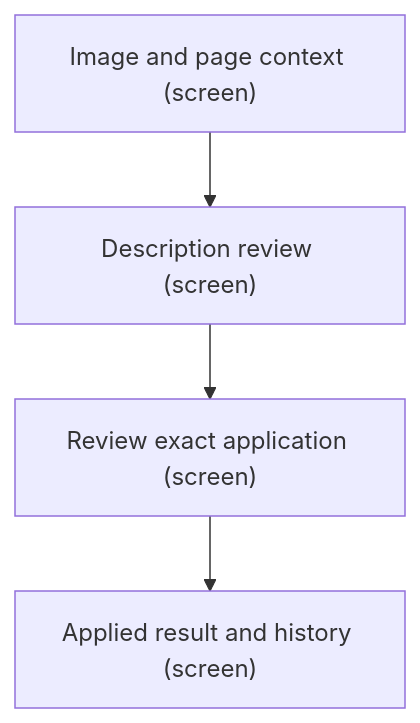
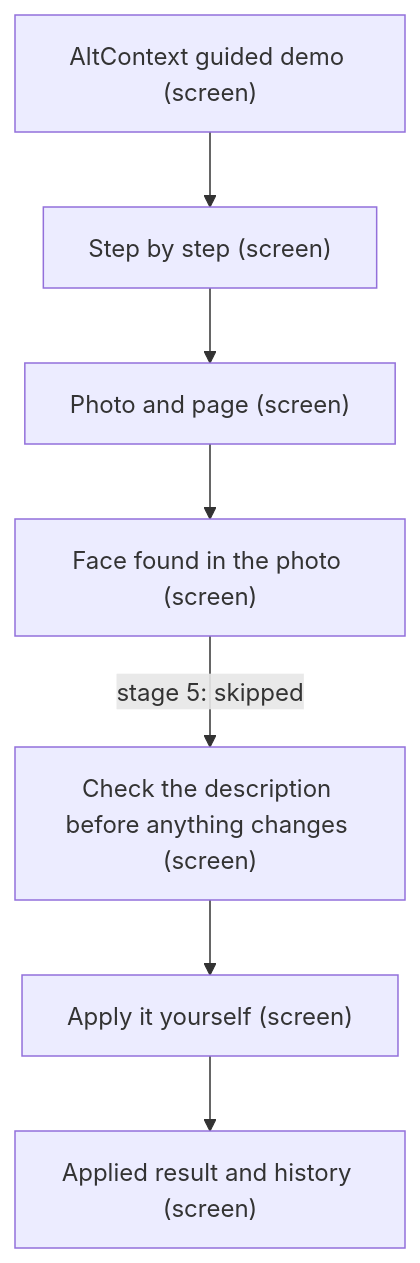
One commit to darce/context-alt-text-monorepo changed the second of 6 diagrams in apps/prototype-wp-alt-context/docs/ux-maps/guided-prototype.md. Above: the diagram before and after it, drawn with Mermaid. The commit also changed other lines of this file and 1 other file, not shown here.

First line of the commit message:
offload: UX map updated and committed with the face-match stage and

````diff
--- a/apps/prototype-wp-alt-context/docs/ux-maps/guided-prototype.md
+++ b/apps/prototype-wp-alt-context/docs/ux-maps/guided-prototype.md
@@ -226,11 +268,17 @@
 ```mermaid
 flowchart TD
-  %% flow: Unresolved identity keeps description generic job=review
-  n_evidence["Image and page context (screen)"]
-  n_draft["Description review (screen)"]
-  n_evidence --> n_draft
-  n_apply["Review exact application (screen)"]
+  %% flow: The person stays unnamed and the description stays generic job=review
+  n_intro["AltContext guided demo (screen)"]
+  n_guide["Step by step (screen)"]
+  n_intro --> n_guide
+  n_evidence["Photo and page (screen)"]
+  n_guide --> n_evidence
+  n_face["Face found in the photo (screen)"]
+  n_evidence --> n_face
+  n_draft["Check the description before anything changes (screen)"]
+  n_face -->|stage 5: skipped| n_draft
+  n_apply["Apply it yourself (screen)"]
   n_draft --> n_apply
   n_result["Applied result and history (screen)"]
   n_apply --> n_result
 ```
````
